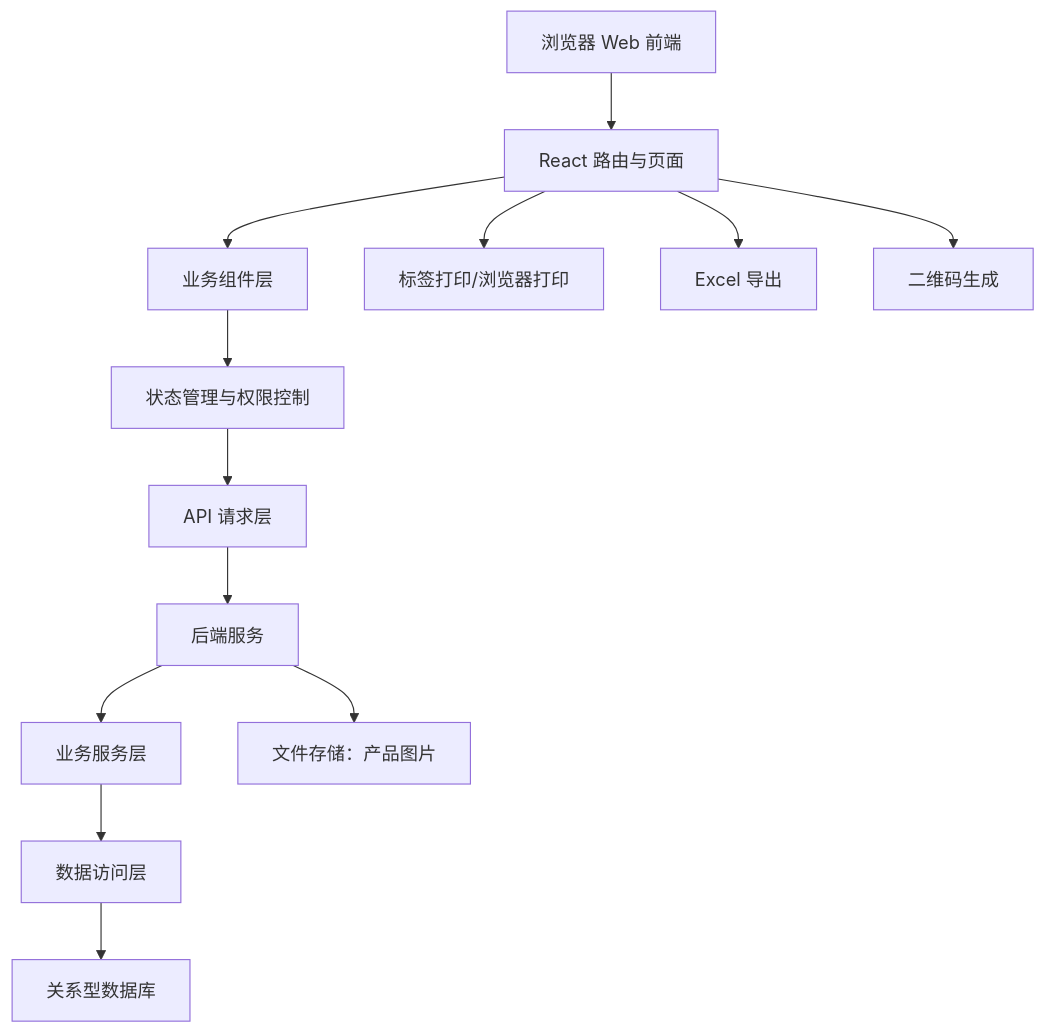
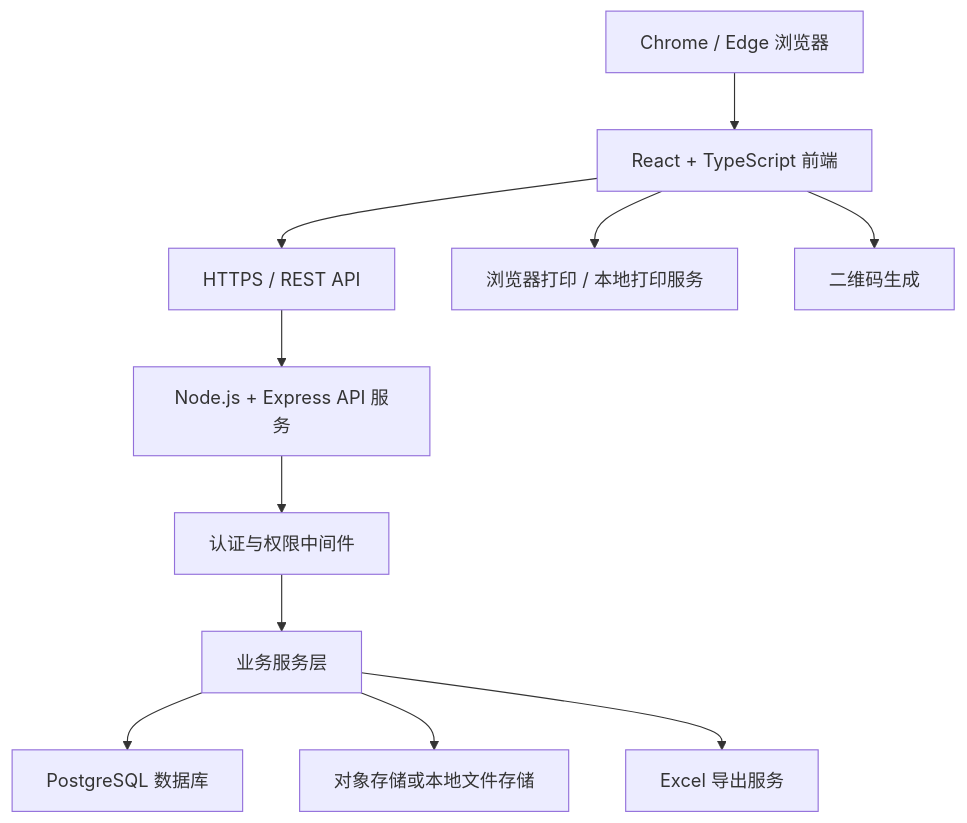
The first of 2 diagrams in .trae/documents/敏群商贸ERP_技术架构.md (zhoushu44/111), drawn with Mermaid before and after one commit. The commit also changed other lines of this file and 70 other files, not shown here.

````diff
--- a/.trae/documents/敏群商贸ERP_技术架构.md
+++ b/.trae/documents/敏群商贸ERP_技术架构.md
@@ -3,15 +7,13 @@
 ```mermaid
 flowchart TD
-  A["浏览器 Web 前端"] --> B["React 路由与页面"]
-  B --> C["业务组件层"]
-  C --> D["状态管理与权限控制"]
-  D --> E["API 请求层"]
-  E --> F["后端服务"]
-  F --> G["业务服务层"]
-  G --> H["数据访问层"]
-  H --> I["关系型数据库"]
-  F --> J["文件存储：产品图片"]
-  B --> K["标签打印/浏览器打印"]
-  B --> L["Excel 导出"]
-  B --> M["二维码生成"]
+  A["Chrome / Edge 浏览器"] --> B["React + TypeScript 前端"]
+  B --> C["HTTPS / REST API"]
+  C --> D["Node.js + Express API 服务"]
+  D --> E["认证与权限中间件"]
+  E --> F["业务服务层"]
+  F --> G["PostgreSQL 数据库"]
+  F --> H["对象存储或本地文件存储"]
+  F --> I["Excel 导出服务"]
+  B --> J["浏览器打印 / 本地打印服务"]
+  B --> K["二维码生成"]
 ```
````
